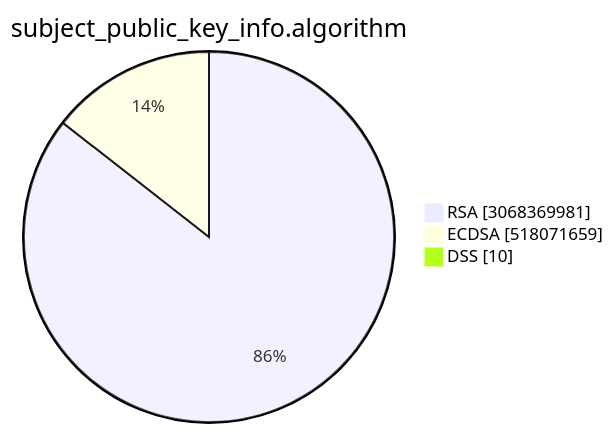
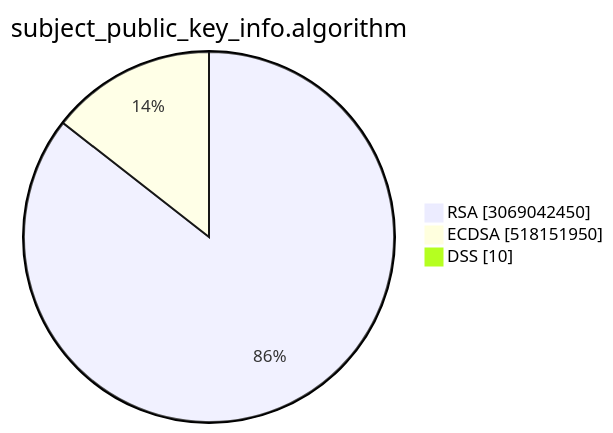
The second of 15 diagrams in TOTAL/README.md (christiankrug/ctmonitor_visualization), drawn with Mermaid before and after one commit. The commit also changed other lines of this file, not shown here.

````diff
--- a/TOTAL/README.md
+++ b/TOTAL/README.md
@@ -6,7 +6,7 @@
 ```mermaid
 pie showData
 title subject_public_key_info.algorithm
-"RSA" :3068369981
-"ECDSA" :518071659
+"RSA" :3069042450
+"ECDSA" :518151950
 "DSS" :10
 ```
````
